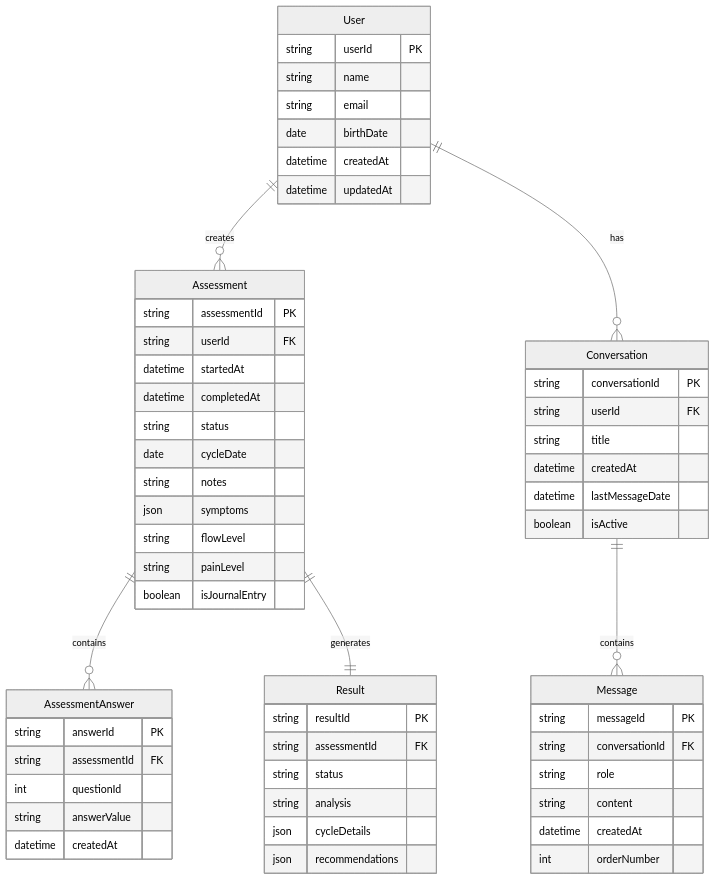
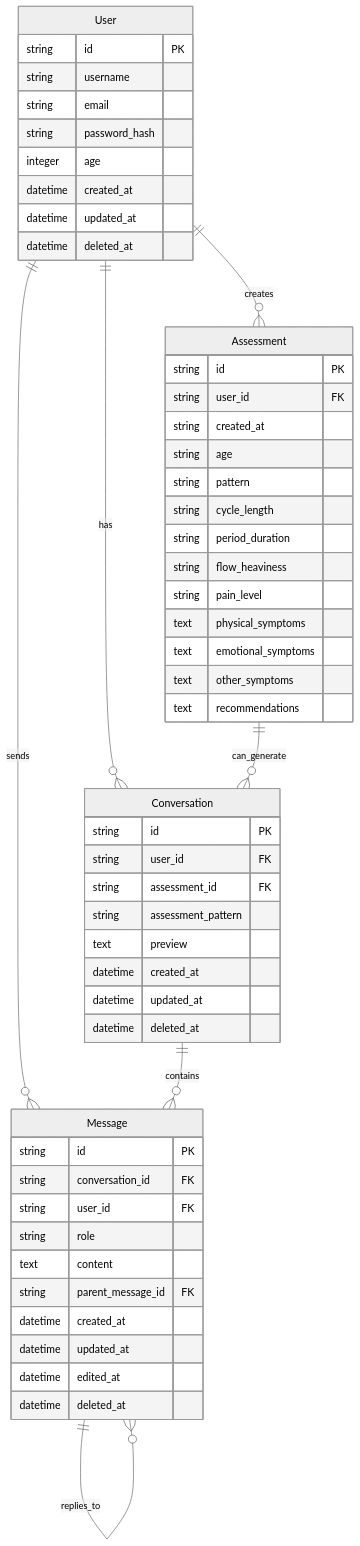
One commit to lmcrean/dottie changed the diagram in ERD.md. Above: the diagram before and after it, drawn with Mermaid (neutral theme). The commit also changed other lines of this file, not shown here.

Commit message:
refactor: update ERD to enhance user, assessment, conversation, and message models; integrates soft delete functionality, restructures assessment data, and improves chat system with threading and contextual links

````diff
--- a/ERD.md
+++ b/ERD.md
@@ -11,66 +11,60 @@
 ```mermaid
 erDiagram
     User ||--o{ Assessment : "creates"
     User ||--o{ Conversation : "has"
-    Assessment ||--o{ AssessmentAnswer : "contains"
-    Assessment ||--|| Result : "generates"
+    User ||--o{ Message : "sends"
+    Assessment ||--o{ Conversation : "can_generate"
     Conversation ||--o{ Message : "contains"
+    Message ||--o{ Message : "replies_to"
 
     User {
-        string userId PK
-        string name
+        string id PK
+        string username
         string email
-        date birthDate
-        datetime createdAt
-        datetime updatedAt
+        string password_hash
+        integer age
+        datetime created_at
+        datetime updated_at
+        datetime deleted_at
     }
 
     Assessment {
-        string assessmentId PK
-        string userId FK
-        datetime startedAt
-        datetime completedAt
-        string status
-        date cycleDate
-        string notes
-        json symptoms
-        string flowLevel
-        string painLevel
-        boolean isJournalEntry
-    }
-
-    AssessmentAnswer {
-        string answerId PK
-        string assessmentId FK
-        int questionId
-        string answerValue
-        datetime createdAt
-    }
-
-    Result {
-        string resultId PK
-        string assessmentId FK
-        string status
-        string analysis
-        json cycleDetails
-        json recommendations
+        string id PK
+        string user_id FK
+        string created_at
+        string age
+        string pattern
+        string cycle_length
+        string period_duration
+        string flow_heaviness
+        string pain_level
+        text physical_symptoms
+        text emotional_symptoms
+        text other_symptoms
+        text recommendations
     }
     
     Conversation {
-        string conversationId PK
-        string userId FK
-        string title
-        datetime createdAt
-        datetime lastMessageDate
-        boolean isActive
+        string id PK
+        string user_id FK
+        string assessment_id FK
+        string assessment_pattern
+        text preview
+        datetime created_at
+        datetime updated_at
+        datetime deleted_at
     }
     
     Message {
-        string messageId PK
-        string conversationId FK
+        string id PK
+        string conversation_id FK
+        string user_id FK
         string role
-        string content
-        datetime createdAt
-        int orderNumber
+        text content
+        string parent_message_id FK
+        datetime created_at
+        datetime updated_at
+        datetime edited_at
+        datetime deleted_at
     }
 ```
````
